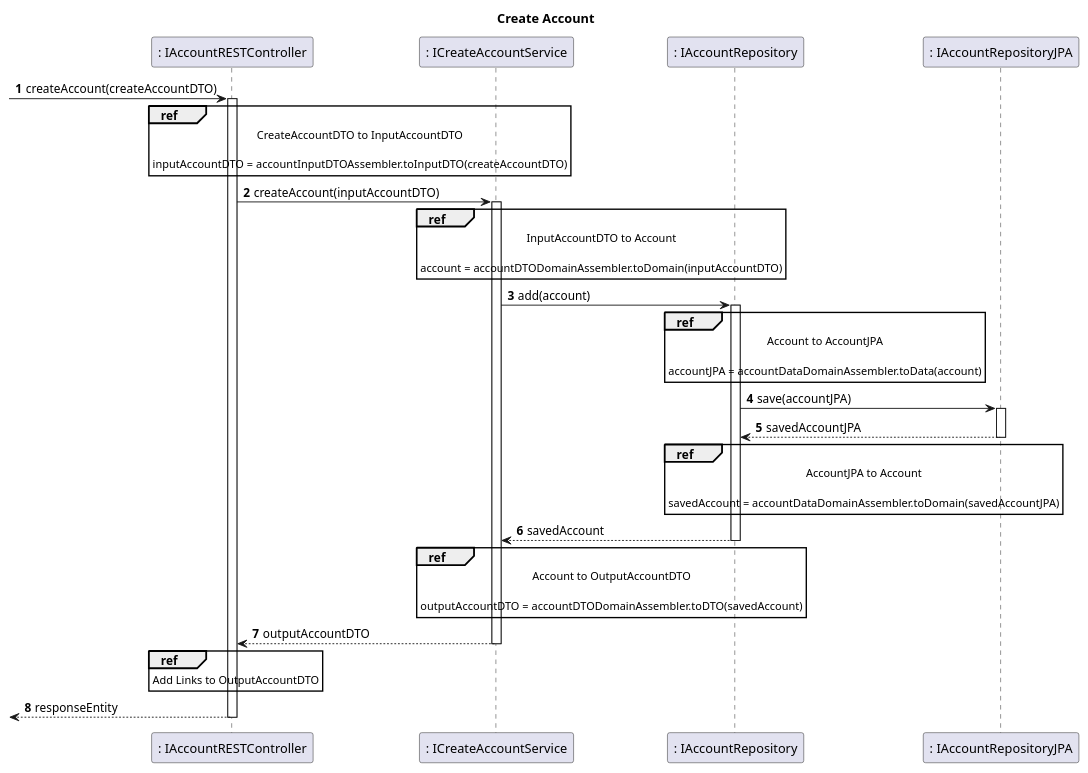
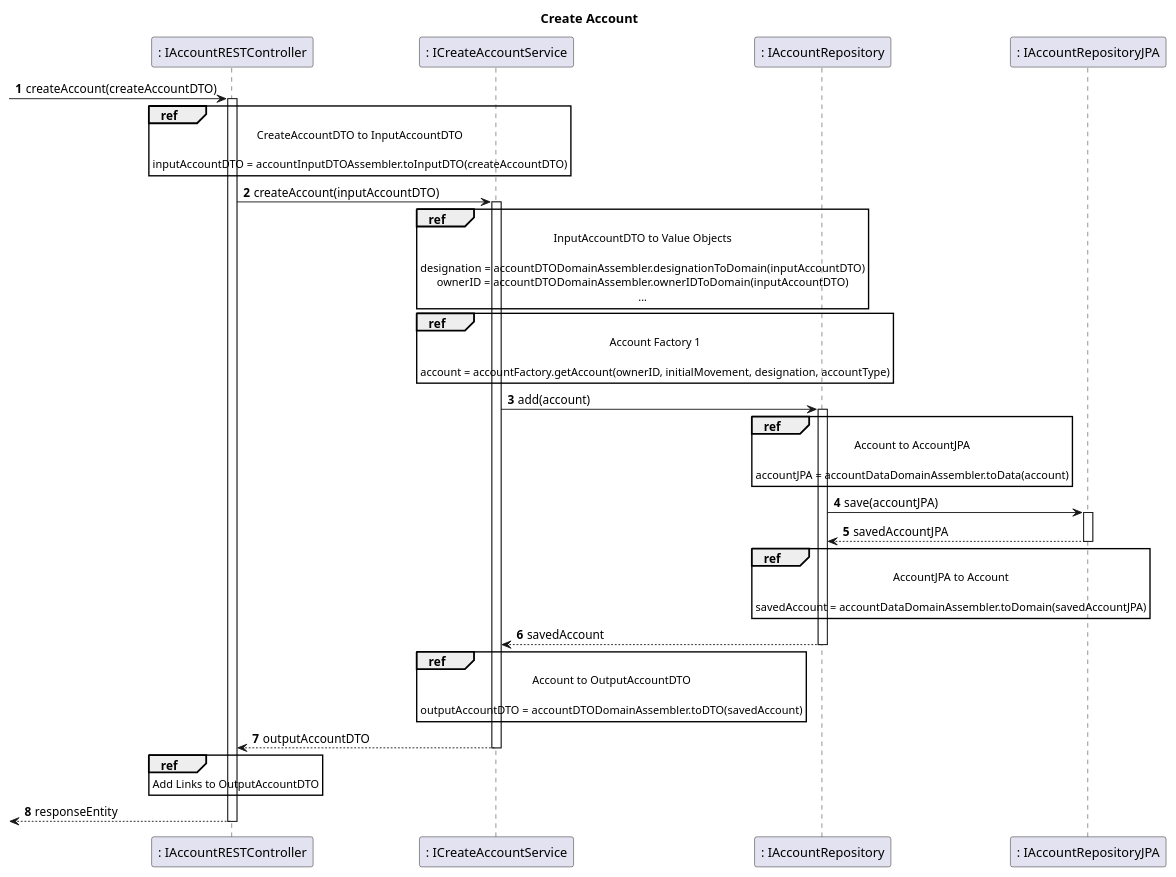
One commit to tomas-osswald/switch_2020_g3 changed the first of 5 diagrams in docs/sprint5/user_stories/US170,171,172,173.md. Above: the diagram before and after it, drawn with PlantUML. The commit also changed other lines of this file and 1 other file, not shown here.

````diff
--- a/docs/sprint5/user_stories/US170,171,172,173.md
+++ b/docs/sprint5/user_stories/US170,171,172,173.md
@@ -162,64 +163,73 @@
 ```puml
 autonumber 1
 title Create Account
 
 participant ": IAccountRESTController" as controller
 participant ": ICreateAccountService" as service
 participant ": IAccountRepository" as repository
 participant ": IAccountRepositoryJPA" as repositoryJPA
 
 
 -> controller : createAccount(createAccountDTO)
 activate controller
 
 ref over controller
 CreateAccountDTO to InputAccountDTO
 
 inputAccountDTO = accountInputDTOAssembler.toInputDTO(createAccountDTO)
 end
 
 controller -> service : createAccount(inputAccountDTO)
 activate service
 
 ref over service
-InputAccountDTO to Account
+InputAccountDTO to Value Objects
 
-account = accountDTODomainAssembler.toDomain(inputAccountDTO)
+designation = accountDTODomainAssembler.designationToDomain(inputAccountDTO)
+ownerID = accountDTODomainAssembler.ownerIDToDomain(inputAccountDTO)
+...
 end
+
+ref over service
+Account Factory 1
+
+account = accountFactory.getAccount(ownerID, initialMovement, designation, accountType)
+end
+
 
 service -> repository : add(account)
 activate repository
 
 ref over repository
 Account to AccountJPA
 
 accountJPA = accountDataDomainAssembler.toData(account)
 end
 
 repository -> repositoryJPA : save(accountJPA)
 activate repositoryJPA
 return savedAccountJPA
 
 ref over repository
 AccountJPA to Account
 
 savedAccount = accountDataDomainAssembler.toDomain(savedAccountJPA)
 end
 
 return savedAccount
 
 ref over service
 Account to OutputAccountDTO
 
 outputAccountDTO = accountDTODomainAssembler.toDTO(savedAccount)
 end
 
 return outputAccountDTO
 
 ref over controller
 Add Links to OutputAccountDTO
 end
 
 return responseEntity
 
 ```
````
